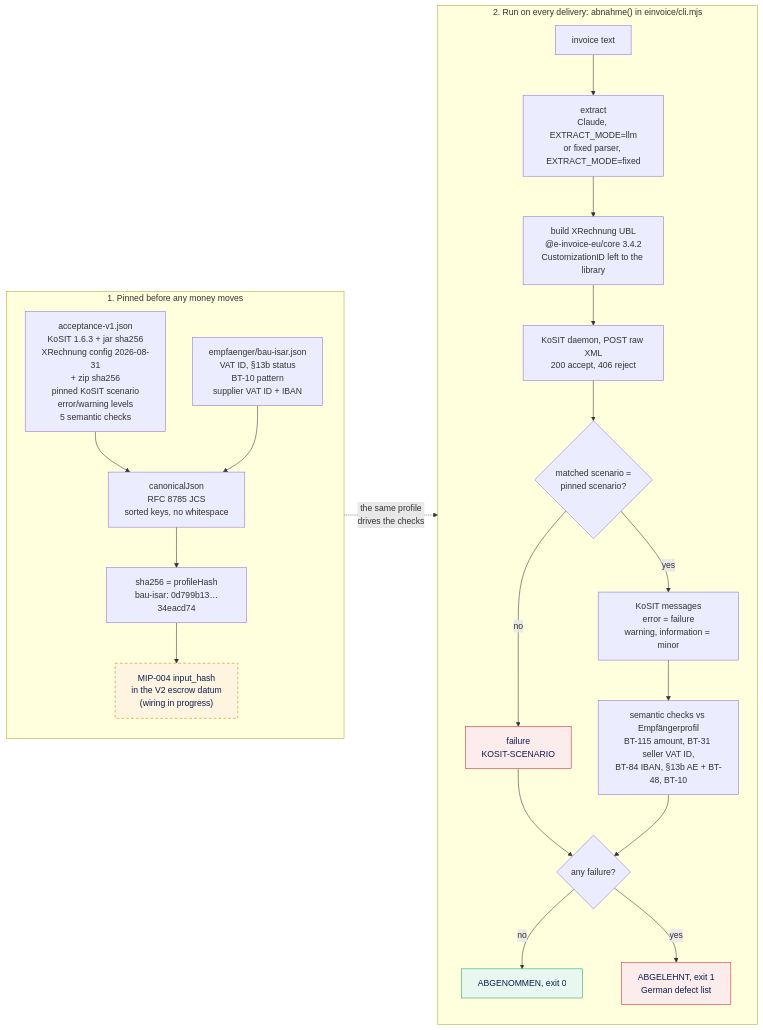
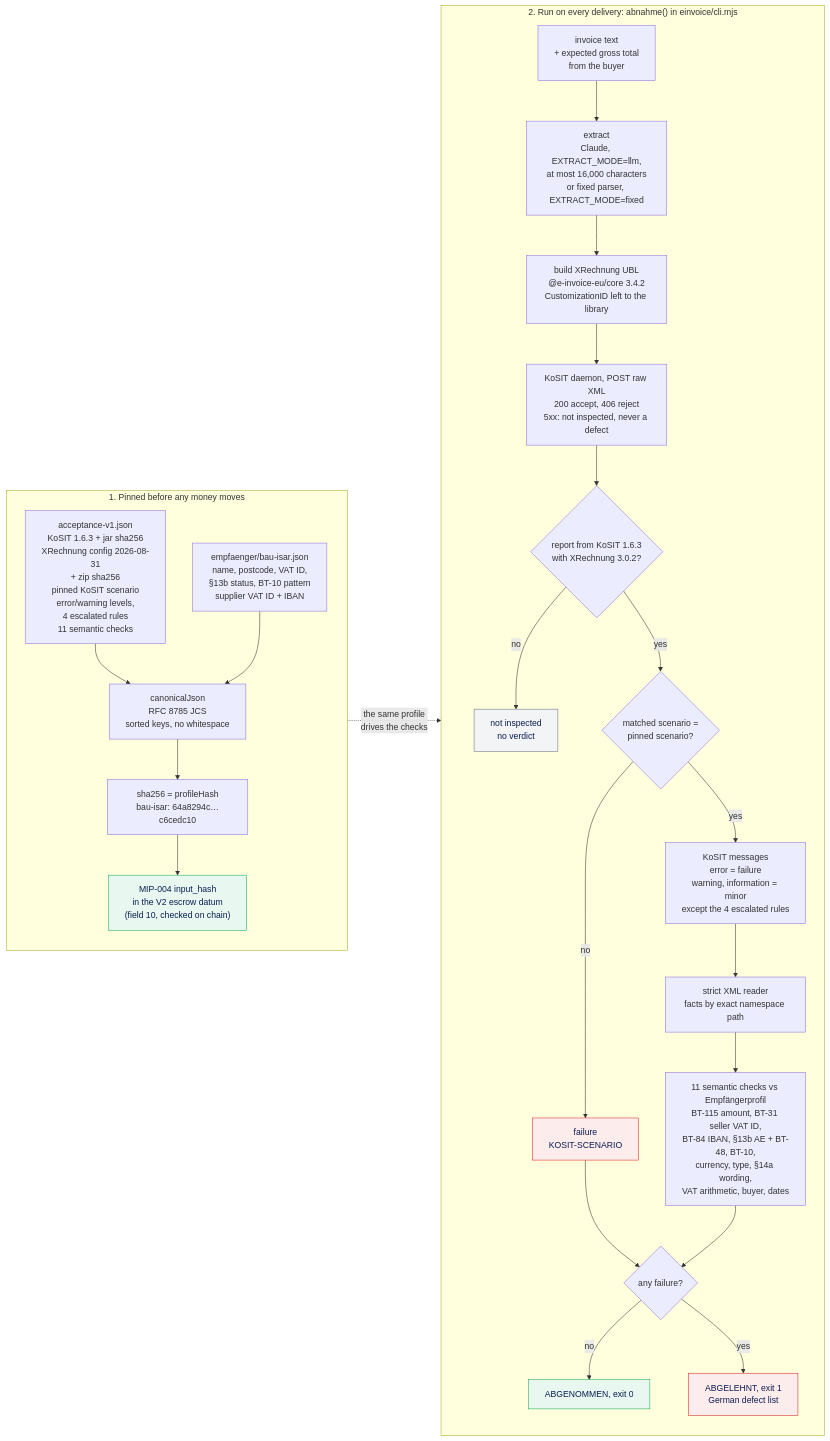
One commit to omurbc/abnahme changed the fifth of 6 diagrams in README.md. Above: the diagram before and after it, drawn with Mermaid. The commit also changed other lines of this file and 1 other file, not shown here.

````diff
--- a/README.md
+++ b/README.md
@@ -345,38 +376,41 @@
 ```mermaid
 flowchart LR
     subgraph PIN["1. Pinned before any money moves"]
         direction TB
-        A["acceptance-v1.json<br/>KoSIT 1.6.3 + jar sha256<br/>XRechnung config 2026-08-31<br/>+ zip sha256<br/>pinned KoSIT scenario<br/>error/warning levels<br/>5 semantic checks"]
-        E["empfaenger/bau-isar.json<br/>VAT ID, §13b status<br/>BT-10 pattern<br/>supplier VAT ID + IBAN"]
+        A["acceptance-v1.json<br/>KoSIT 1.6.3 + jar sha256<br/>XRechnung config 2026-08-31<br/>+ zip sha256<br/>pinned KoSIT scenario<br/>error/warning levels,<br/>4 escalated rules<br/>11 semantic checks"]
+        E["empfaenger/bau-isar.json<br/>name, postcode, VAT ID,<br/>§13b status, BT-10 pattern<br/>supplier VAT ID + IBAN"]
         J["canonicalJson<br/>RFC 8785 JCS<br/>sorted keys, no whitespace"]
-        H["sha256 = profileHash<br/>bau-isar: 0d799b13…34eacd74"]
-        IH["MIP-004 input_hash<br/>in the V2 escrow datum<br/>(wiring in progress)"]
+        H["sha256 = profileHash<br/>bau-isar: 64a8294c…c6cedc10"]
+        IH["MIP-004 input_hash<br/>in the V2 escrow datum<br/>(field 10, checked on chain)"]
         A --> J
         E --> J
         J --> H --> IH
     end
 
     subgraph RUN["2. Run on every delivery: abnahme() in einvoice/cli.mjs"]
         direction TB
-        T["invoice text"] --> X["extract<br/>Claude, EXTRACT_MODE=llm<br/>or fixed parser, EXTRACT_MODE=fixed"]
+        T["invoice text<br/>+ expected gross total<br/>from the buyer"] --> X["extract<br/>Claude, EXTRACT_MODE=llm,<br/>at most 16,000 characters<br/>or fixed parser, EXTRACT_MODE=fixed"]
         X --> B["build XRechnung UBL<br/>@e-invoice-eu/core 3.4.2<br/>CustomizationID left to the library"]
-        B --> K["KoSIT daemon, POST raw XML<br/>200 accept, 406 reject"]
-        K --> S{"matched scenario =<br/>pinned scenario?"}
+        B --> K["KoSIT daemon, POST raw XML<br/>200 accept, 406 reject<br/>5xx: not inspected, never a defect"]
+        K --> P{"report from KoSIT 1.6.3<br/>with XRechnung 3.0.2?"}
+        P -->|"no"| NI["not inspected<br/>no verdict"]
+        P -->|"yes"| S{"matched scenario =<br/>pinned scenario?"}
         S -->|"no"| R1["failure<br/>KOSIT-SCENARIO"]
-        S -->|"yes"| M["KoSIT messages<br/>error = failure<br/>warning, information = minor"]
-        M --> C["semantic checks vs Empfängerprofil<br/>BT-115 amount, BT-31 seller VAT ID,<br/>BT-84 IBAN, §13b AE + BT-48, BT-10"]
+        S -->|"yes"| M["KoSIT messages<br/>error = failure<br/>warning, information = minor<br/>except the 4 escalated rules"]
+        M --> XR["strict XML reader<br/>facts by exact namespace path"]
+        XR --> C["11 semantic checks vs Empfängerprofil<br/>BT-115 amount, BT-31 seller VAT ID,<br/>BT-84 IBAN, §13b AE + BT-48, BT-10,<br/>currency, type, §14a wording,<br/>VAT arithmetic, buyer, dates"]
         R1 --> V
         C --> V{"any failure?"}
         V -->|"no"| OK["ABGENOMMEN, exit 0"]
         V -->|"yes"| NO["ABGELEHNT, exit 1<br/>German defect list"]
     end
 
     PIN -.->|"the same profile<br/>drives the checks"| RUN
 
     classDef ok fill:#E8F8F0,stroke:#18A85C,color:#0B1D51
     classDef bad fill:#FDECEC,stroke:#DC2626,color:#0B1D51
-    classDef wip fill:#FFF4E0,stroke:#D97706,color:#0B1D51,stroke-dasharray:5 4
-    class OK ok
+    classDef neutral fill:#F3F4F6,stroke:#6B7280,color:#0B1D51
+    class OK,IH ok
     class NO,R1 bad
-    class IH wip
+    class NI neutral
 ```
````
